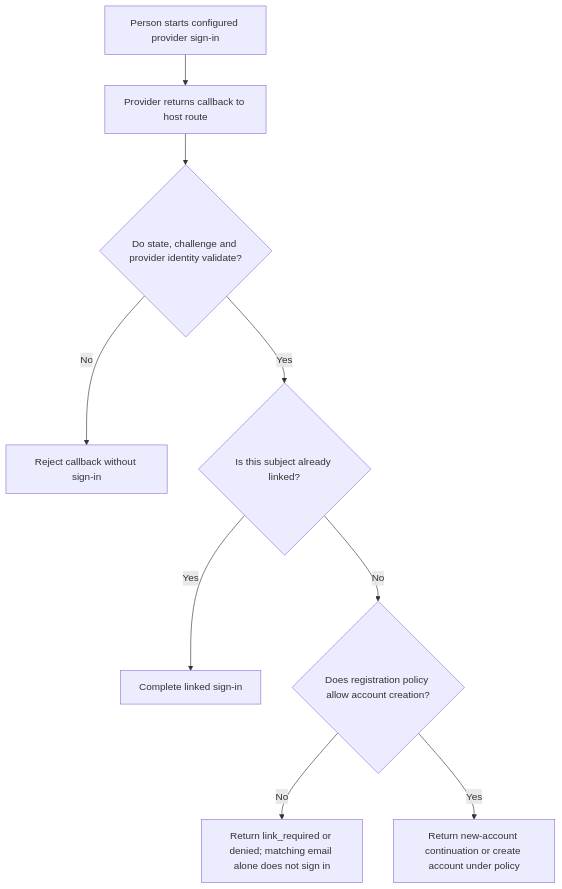
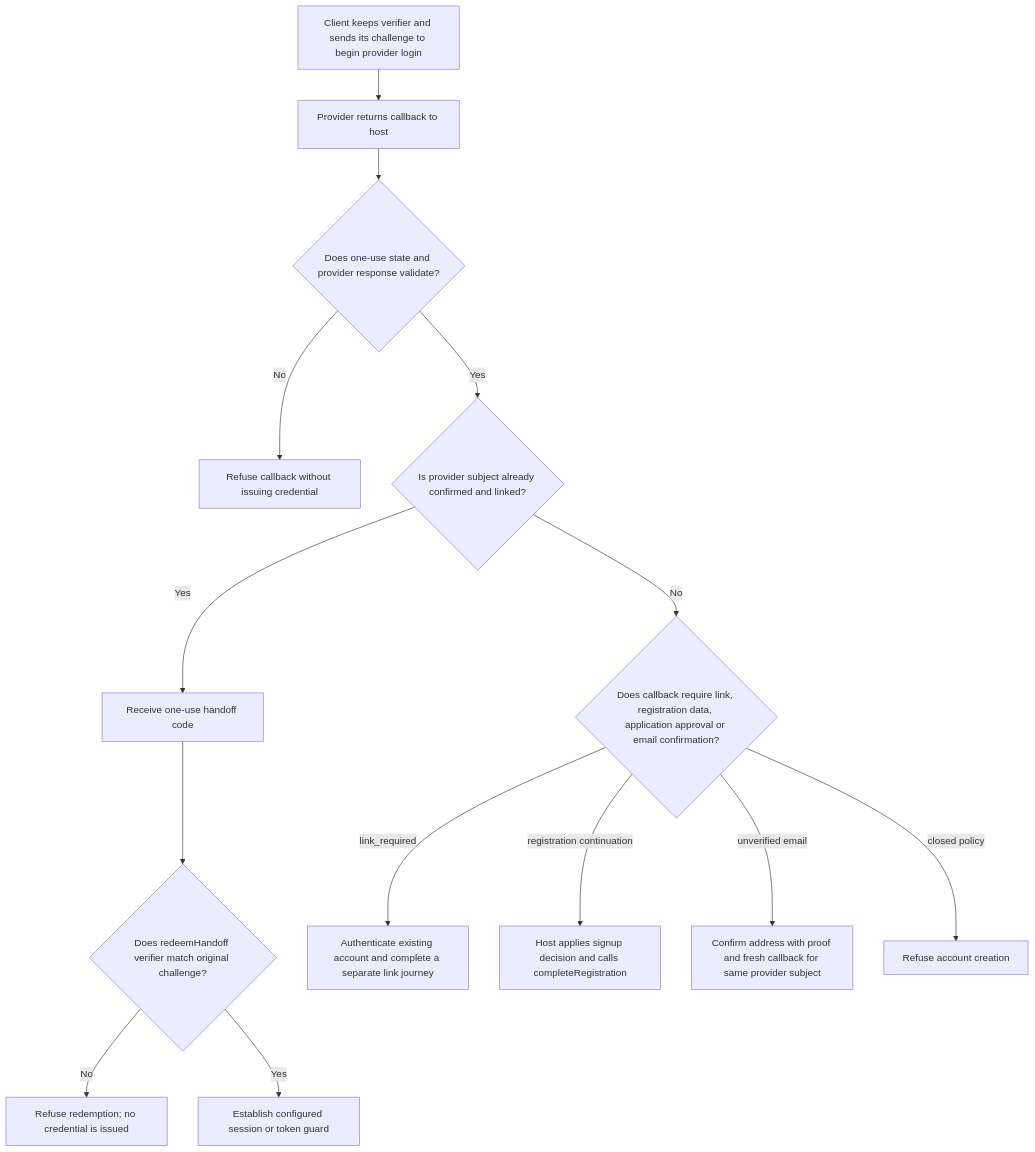
Before and after one commit to Kevinjohn/oss-adonisjs-account-kit: the first of 2 diagrams in user-stories/US-ACCOUNT-20-social-sign-in.md, drawn with Mermaid. The commit also changed other lines of this file and 4 other files, not shown here.

Commit message:
docs: complete session and social outcomes

````diff
--- a/user-stories/US-ACCOUNT-20-social-sign-in.md
+++ b/user-stories/US-ACCOUNT-20-social-sign-in.md
@@ -18,11 +20,16 @@
 ```mermaid
 flowchart TD
- A["Person starts configured provider sign-in"] --> B["Provider returns callback to host route"]
- B --> C{"Do state, challenge and provider identity validate?"}
- C -->|No| D["Reject callback without sign-in"]
- C -->|Yes| E{"Is this subject already linked?"}
- E -->|Yes| F["Complete linked sign-in"]
- E -->|No| G{"Does registration policy allow account creation?"}
- G -->|No| H["Return link_required or denied; matching email alone does not sign in"]
- G -->|Yes| I["Return new-account continuation or create account under policy"]
+ A["Client keeps verifier and sends its challenge to begin provider login"] --> B["Provider returns callback to host"]
+ B --> C{"Does one-use state and provider response validate?"}
+ C -->|No| D["Refuse callback without issuing credential"]
+ C -->|Yes| E{"Is provider subject already confirmed and linked?"}
+ E -->|Yes| F["Receive one-use handoff code"]
+ F --> G{"Does redeemHandoff verifier match original challenge?"}
+ G -->|No| H["Refuse redemption; no credential is issued"]
+ G -->|Yes| I["Establish configured session or token guard"]
+ E -->|No| J{"Does callback require link, registration data, application approval or email confirmation?"}
+ J -->|link_required| K["Authenticate existing account and complete a separate link journey"]
+ J -->|registration continuation| L["Host applies signup decision and calls completeRegistration"]
+ J -->|unverified email| M["Confirm address with proof and fresh callback for same provider subject"]
+ J -->|closed policy| N["Refuse account creation"]
 ```
````
